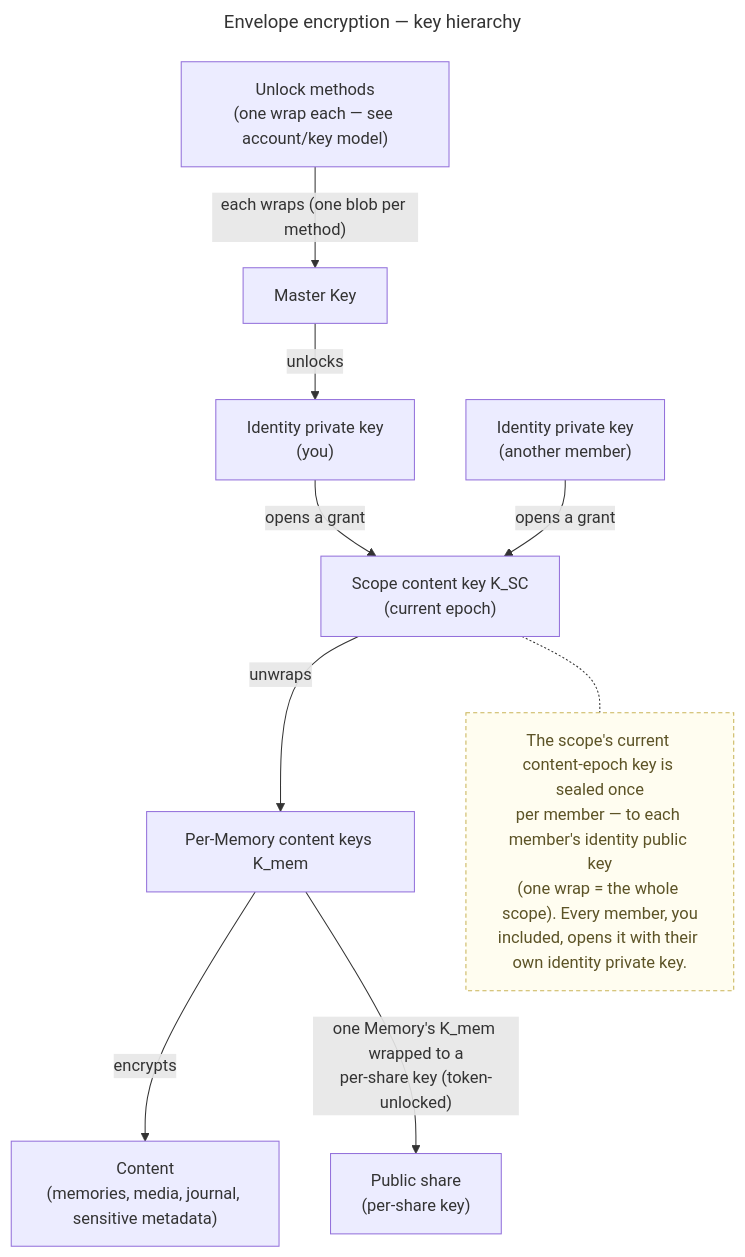
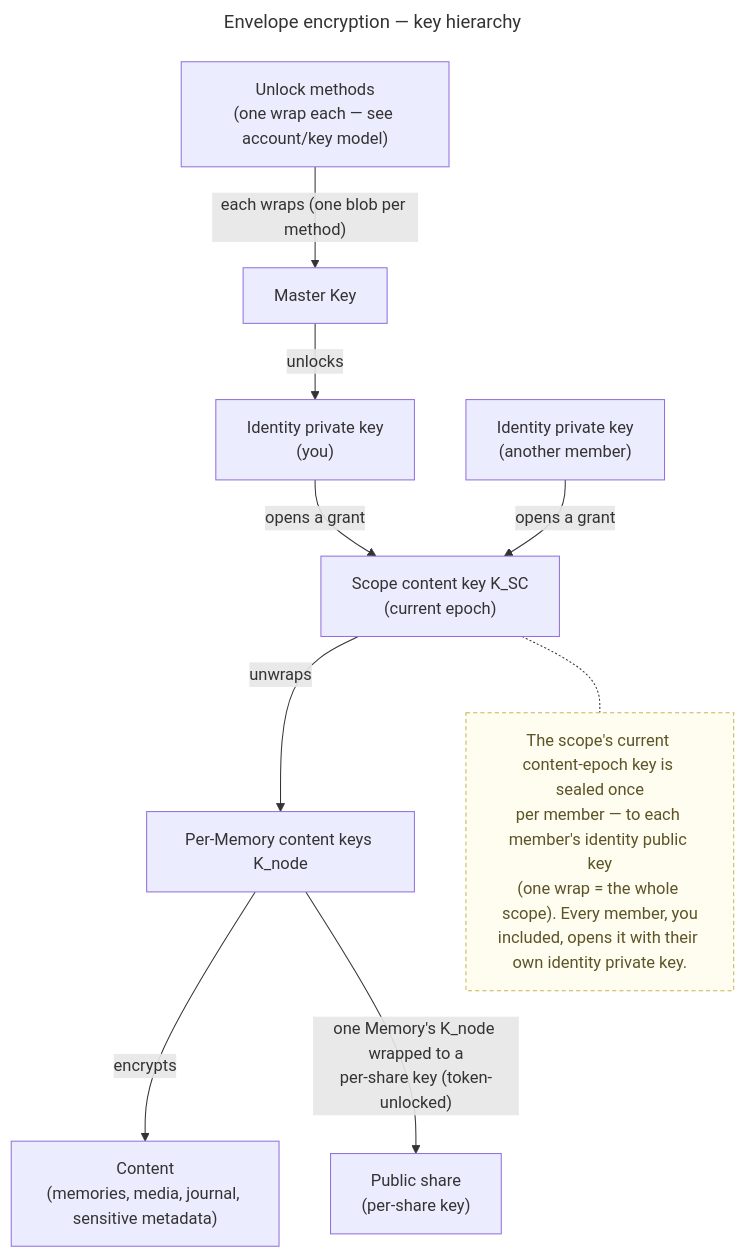
Before and after one commit to raddatzk/veyq: the diagram in docs/crosscutting/security-model.md, drawn with Mermaid. The commit also changed other lines of this file and 61 other files, not shown here.

Commit message:
docs: the node content key is K_node in ADRs, use-cases, enablers and coverage (cr-k-mem-becomes-k-node phase 2)

````diff
--- a/docs/crosscutting/security-model.md
+++ b/docs/crosscutting/security-model.md
@@ -209,27 +209,27 @@
 ```mermaid
 ---
 title: Envelope encryption — key hierarchy
 ---
 flowchart TB
   unlock["Unlock methods<br>(one wrap each — see account/key model)"]
   muk["Master Key"]
   idk["Identity private key<br>(you)"]
   idk2["Identity private key<br>(another member)"]
   ksc["Scope content key K_SC<br>(current epoch)"]
-  kmem["Per-Memory content keys K_mem"]
+  knode["Per-Memory content keys K_node"]
   content["Content<br>(memories, media, journal, sensitive metadata)"]
   share["Public share<br>(per-share key)"]
   NB["The scope's current content-epoch key is sealed once<br>per member — to each member's identity public key<br>(one wrap = the whole scope). Every member, you<br>included, opens it with their own identity private key."]
 
   unlock -->|"each wraps (one blob per method)"| muk
   muk -->|"unlocks"| idk
   idk -->|"opens a grant"| ksc
   idk2 -->|"opens a grant"| ksc
-  ksc -->|"unwraps"| kmem
-  kmem -->|"encrypts"| content
-  kmem -->|"one Memory's K_mem wrapped to a<br>per-share key (token-unlocked)"| share
+  ksc -->|"unwraps"| knode
+  knode -->|"encrypts"| content
+  knode -->|"one Memory's K_node wrapped to a<br>per-share key (token-unlocked)"| share
   ksc -.- NB
 
   classDef note fill:#fffdf0,stroke:#c9b458,stroke-dasharray:4 3,color:#5c5326
   class NB note
 ```
````
